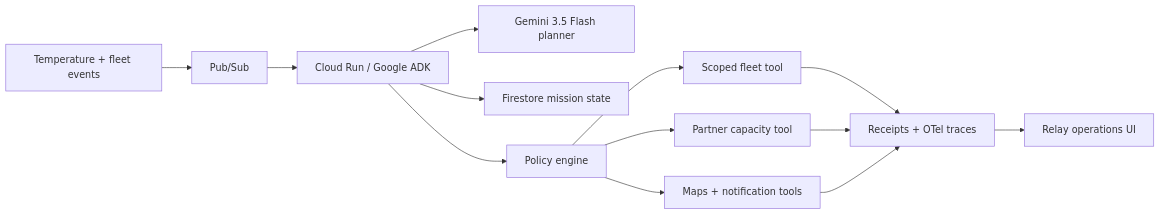
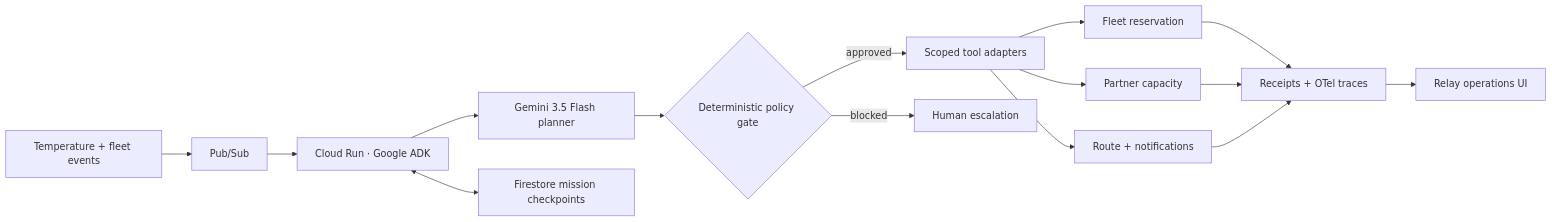
Before and after one commit to srivibhavpadakandla/relay-food-rescue: the diagram in README.md, drawn with Mermaid. The commit also changed other lines of this file and 24 other files, not shown here.

Commit message:
Make Relay submission ready with Google ADK and animated UI

````diff
--- a/README.md
+++ b/README.md
@@ -11,13 +28,15 @@
 ```mermaid
 flowchart LR
-  A[Temperature + fleet events] --> B[Pub/Sub]
-  B --> C[Cloud Run / Google ADK]
-  C --> D[Gemini 3.5 Flash planner]
-  C --> E[Firestore mission state]
-  C --> F[Policy engine]
-  F --> G[Scoped fleet tool]
-  F --> H[Partner capacity tool]
-  F --> I[Maps + notification tools]
-  G & H & I --> J[Receipts + OTel traces]
-  J --> K[Relay operations UI]
+  E[Temperature + fleet events] --> P[Pub/Sub]
+  P --> R[Cloud Run · Google ADK]
+  R --> G[Gemini 3.5 Flash planner]
+  R <--> S[Firestore mission checkpoints]
+  G --> C{Deterministic policy gate}
+  C -->|approved| T[Scoped tool adapters]
+  C -->|blocked| H[Human escalation]
+  T --> F[Fleet reservation]
+  T --> N[Partner capacity]
+  T --> D[Route + notifications]
+  F & N & D --> O[Receipts + OTel traces]
+  O --> U[Relay operations UI]
 ```
````
